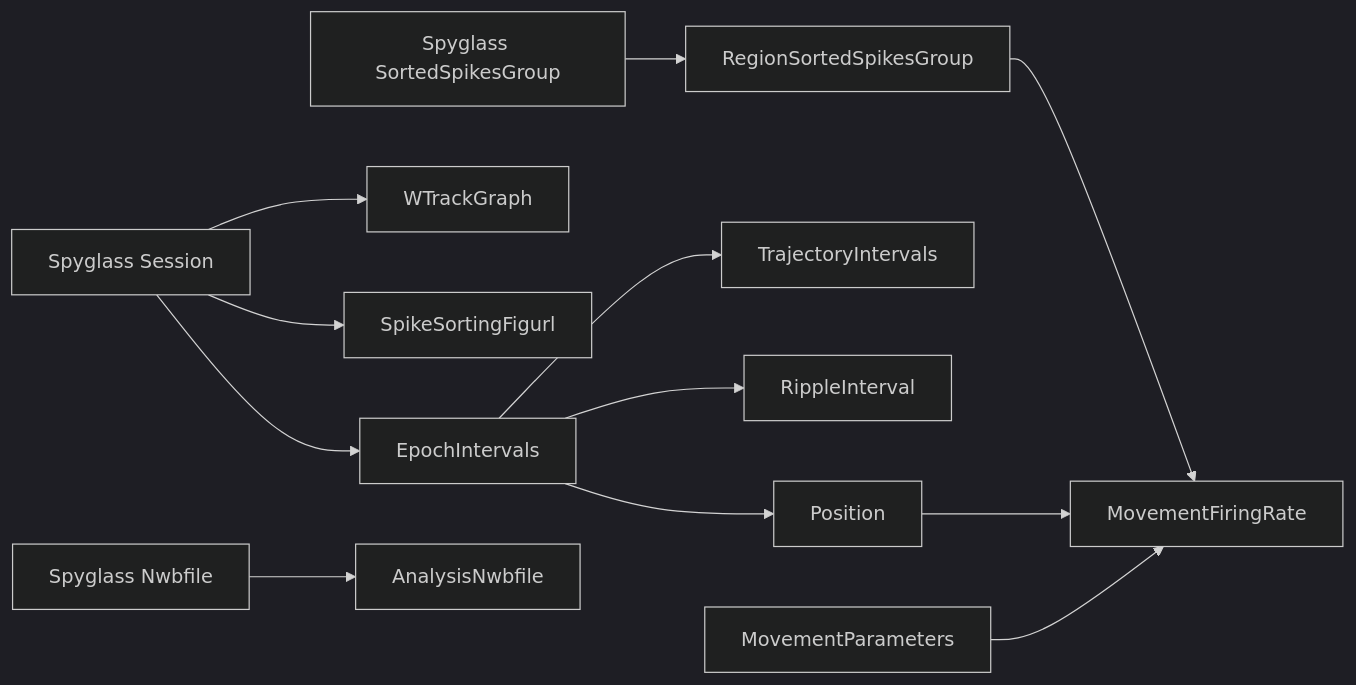
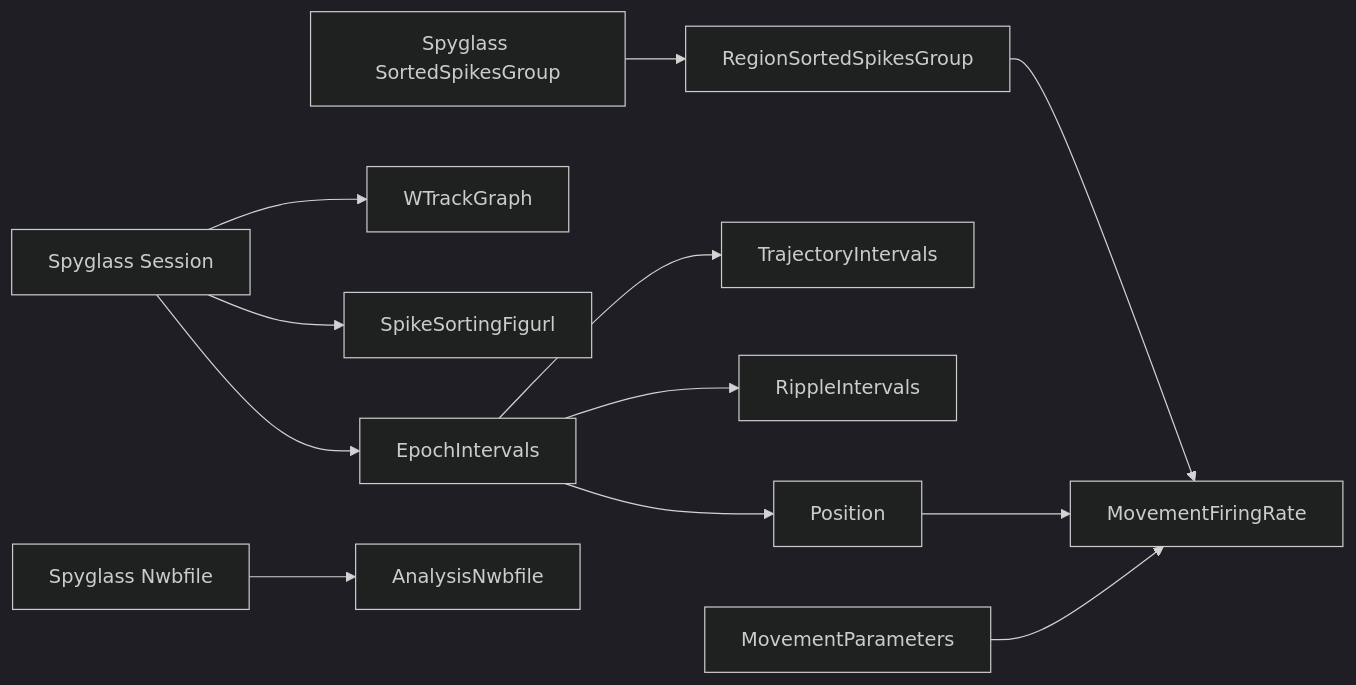
Before and after one commit to khl02007/v1ca1: the first of 3 diagrams in src/v1ca1/spyglass/README.md, drawn with Mermaid (dark theme). The commit also changed other lines of this file and 9 other files, not shown here.

Commit message:
Rename ripple interval catalog table

````diff
--- a/src/v1ca1/spyglass/README.md
+++ b/src/v1ca1/spyglass/README.md
@@ -108,14 +109,14 @@
 ```mermaid
 flowchart LR
     Session["Spyglass Session"] --> EpochIntervals
     Session --> WTrackGraph
     Session --> SpikeSortingFigurl
     EpochIntervals --> Position
     EpochIntervals --> TrajectoryIntervals
-    EpochIntervals --> RippleInterval
+    EpochIntervals --> RippleIntervals
     SortedSpikesGroup["Spyglass SortedSpikesGroup"] --> RegionSortedSpikesGroup
     RegionSortedSpikesGroup --> MovementFiringRate
     Position --> MovementFiringRate
     MovementParameters --> MovementFiringRate
     Nwbfile["Spyglass Nwbfile"] --> AnalysisNwbfile
 ```
````
